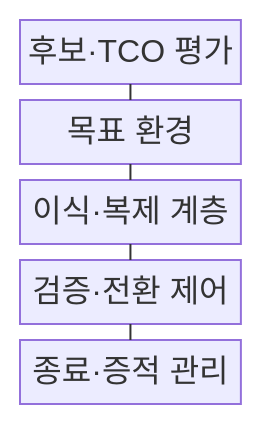
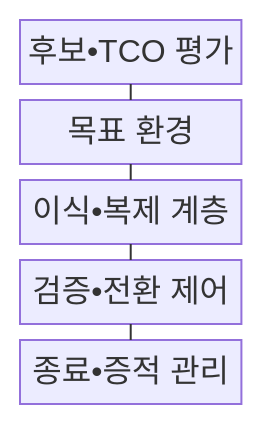
Before and after one commit to agnusdei1207/knowledge-base: the first of 2 diagrams in src/content/docs/notes/03-software/169_cloud_repatriation.md, drawn with Mermaid. The commit also changed other lines of this file and 953 other files, not shown here.

````diff
--- a/src/content/docs/notes/03-software/169_cloud_repatriation.md
+++ b/src/content/docs/notes/03-software/169_cloud_repatriation.md
@@ -70,13 +70,13 @@
 ```mermaid
 block
     columns 1
-    A["후보·TCO 평가"]
+    A["후보•TCO 평가"]
     B["목표 환경"]
-    C["이식·복제 계층"]
-    D["검증·전환 제어"]
-    E["종료·증적 관리"]
+    C["이식•복제 계층"]
+    D["검증•전환 제어"]
+    E["종료•증적 관리"]
     A --- B
     B --- C
     C --- D
     D --- E
 ```
````
